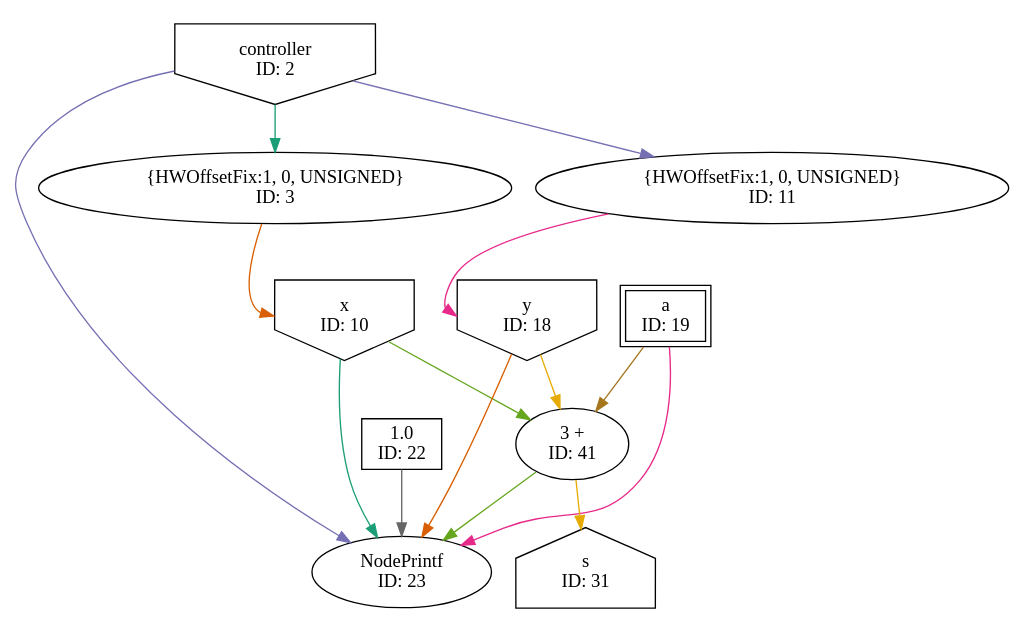
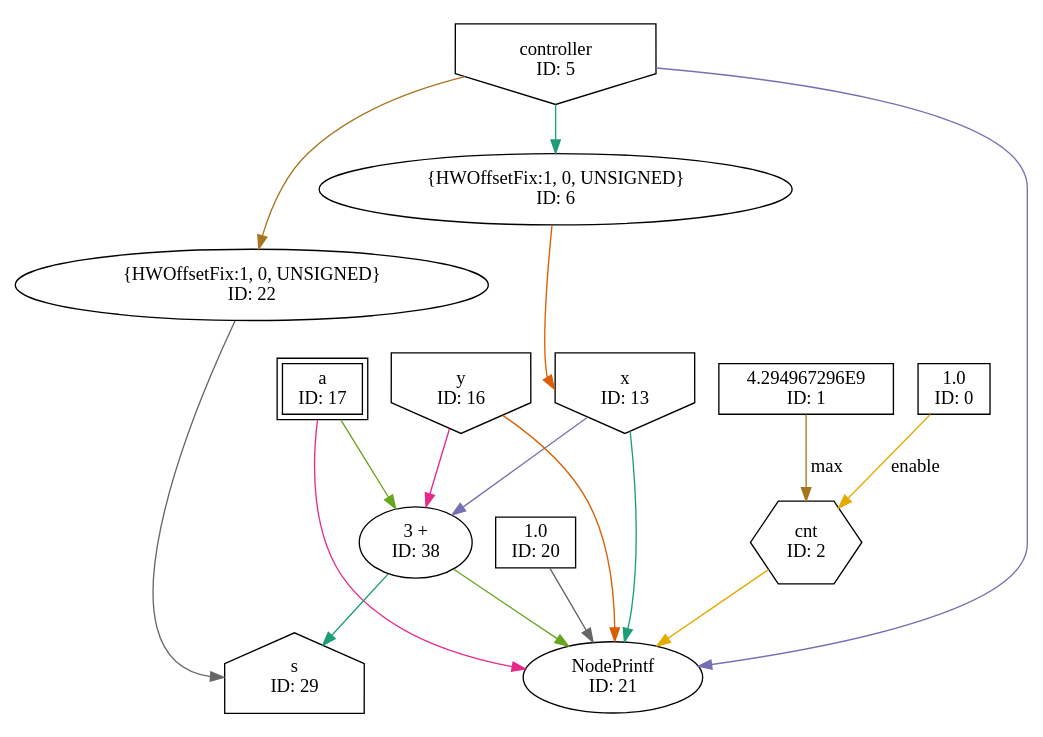
One commit to 3nric000/MaxelerRTM changed the diagram in RTMQueue/RunRules/Simulation/maxfiles/Queue_VECTIS_DFE_SIM/scratch/QueueKernel_pre_condadd_extraction.dot. Above: the diagram before and after it, drawn with Graphviz. The commit also changed 70 other files, not shown here.

```diff
--- a/RTMQueue/RunRules/Simulation/maxfiles/Queue_VECTIS_DFE_SIM/scratch/QueueKernel_pre_condadd_extraction.dot
+++ b/RTMQueue/RunRules/Simulation/maxfiles/Queue_VECTIS_DFE_SIM/scratch/QueueKernel_pre_condadd_extraction.dot
@@ -1,26 +1,32 @@
 digraph QueueKernel_pre_condadd_extraction{
-	NodeConstantRawBits22 [shape=box, label="1.0\nID: 22"];
-	NodeInput2 [shape=invhouse, label="controller\nID: 2"];
-	NodeCast3 [label="{HWOffsetFix:1, 0, UNSIGNED}\nID: 3"];
-	NodeInput10 [shape=invhouse, label="x\nID: 10"];
-	NodeCast11 [label="{HWOffsetFix:1, 0, UNSIGNED}\nID: 11"];
-	NodeInput18 [shape=invhouse, label="y\nID: 18"];
-	NodeInputMappedReg19 [shape=box, peripheries=2, label="a\nID: 19"];
-	NodeTriAdd41 [label="3 +\nID: 41"];
-	NodePrintf23 [label="NodePrintf\nID: 23"];
-	NodeOutput31 [shape=house, label="s\nID: 31"];
-	NodeInput2 -> NodeCast3[color="/dark28/1" photon_data="EDGE,SrcNode:2,SrcNodePort:data"];
-	NodeCast3 -> NodeInput10[headport="w" color="/dark28/2" ];
-	NodeInput2 -> NodeCast11[color="/dark28/3" photon_data="EDGE,SrcNode:2,SrcNodePort:data"];
-	NodeCast11 -> NodeInput18[headport="w" color="/dark28/4" ];
-	NodeInput10 -> NodeTriAdd41[color="/dark28/5" photon_data="EDGE,SrcNode:10,SrcNodePort:data"];
-	NodeInput18 -> NodeTriAdd41[color="/dark28/6" photon_data="EDGE,SrcNode:18,SrcNodePort:data"];
-	NodeInputMappedReg19 -> NodeTriAdd41[color="/dark28/7" photon_data="EDGE,SrcNode:19,SrcNodePort:a"];
-	NodeConstantRawBits22 -> NodePrintf23[color="/dark28/8" photon_data="EDGE,SrcNode:22,SrcNodePort:value"];
-	NodeInput10 -> NodePrintf23[color="/dark28/1" photon_data="EDGE,SrcNode:10,SrcNodePort:data"];
-	NodeInput18 -> NodePrintf23[color="/dark28/2" photon_data="EDGE,SrcNode:18,SrcNodePort:data"];
-	NodeInput2 -> NodePrintf23[color="/dark28/3" photon_data="EDGE,SrcNode:2,SrcNodePort:data"];
-	NodeInputMappedReg19 -> NodePrintf23[color="/dark28/4" photon_data="EDGE,SrcNode:19,SrcNodePort:a"];
-	NodeTriAdd41 -> NodePrintf23[color="/dark28/5" photon_data="EDGE,SrcNode:41,SrcNodePort:result"];
-	NodeTriAdd41 -> NodeOutput31[color="/dark28/6" photon_data="EDGE,SrcNode:41,SrcNodePort:result"];
+	NodeConstantRawBits20 [shape=box, label="1.0\nID: 20"];
+	NodeInput5 [shape=invhouse, label="controller\nID: 5"];
+	NodeCast6 [label="{HWOffsetFix:1, 0, UNSIGNED}\nID: 6"];
+	NodeInput13 [shape=invhouse, label="x\nID: 13"];
+	NodeInput16 [shape=invhouse, label="y\nID: 16"];
+	NodeInputMappedReg17 [shape=box, peripheries=2, label="a\nID: 17"];
+	NodeTriAdd38 [label="3 +\nID: 38"];
+	NodeConstantDouble0 [shape=box, label="1.0\nID: 0"];
+	NodeConstantRawBits1 [shape=box, label="4.294967296E9\nID: 1"];
+	NodeCounterV12 [shape=hexagon, label="cnt\nID: 2"];
+	NodePrintf21 [label="NodePrintf\nID: 21"];
+	NodeCast22 [label="{HWOffsetFix:1, 0, UNSIGNED}\nID: 22"];
+	NodeOutput29 [shape=house, label="s\nID: 29"];
+	NodeInput5 -> NodeCast6[color="/dark28/1" photon_data="EDGE,SrcNode:5,SrcNodePort:data"];
+	NodeCast6 -> NodeInput13[headport="w" color="/dark28/2" ];
+	NodeInput13 -> NodeTriAdd38[color="/dark28/3" photon_data="EDGE,SrcNode:13,SrcNodePort:data"];
+	NodeInput16 -> NodeTriAdd38[color="/dark28/4" photon_data="EDGE,SrcNode:16,SrcNodePort:data"];
+	NodeInputMappedReg17 -> NodeTriAdd38[color="/dark28/5" photon_data="EDGE,SrcNode:17,SrcNodePort:a"];
+	NodeConstantDouble0 -> NodeCounterV12[label="enable" color="/dark28/6" photon_data="EDGE,SrcNode:0,SrcNodePort:value"];
+	NodeConstantRawBits1 -> NodeCounterV12[label="max" color="/dark28/7" photon_data="EDGE,SrcNode:1,SrcNodePort:value"];
+	NodeConstantRawBits20 -> NodePrintf21[color="/dark28/8" photon_data="EDGE,SrcNode:20,SrcNodePort:value"];
+	NodeInput13 -> NodePrintf21[color="/dark28/1" photon_data="EDGE,SrcNode:13,SrcNodePort:data"];
+	NodeInput16 -> NodePrintf21[color="/dark28/2" photon_data="EDGE,SrcNode:16,SrcNodePort:data"];
+	NodeInput5 -> NodePrintf21[color="/dark28/3" photon_data="EDGE,SrcNode:5,SrcNodePort:data"];
+	NodeInputMappedReg17 -> NodePrintf21[color="/dark28/4" photon_data="EDGE,SrcNode:17,SrcNodePort:a"];
+	NodeTriAdd38 -> NodePrintf21[color="/dark28/5" photon_data="EDGE,SrcNode:38,SrcNodePort:result"];
+	NodeCounterV12 -> NodePrintf21[color="/dark28/6" photon_data="EDGE,SrcNode:2,SrcNodePort:count"];
+	NodeInput5 -> NodeCast22[color="/dark28/7" photon_data="EDGE,SrcNode:5,SrcNodePort:data"];
+	NodeCast22 -> NodeOutput29[headport="w" color="/dark28/8" ];
+	NodeTriAdd38 -> NodeOutput29[color="/dark28/1" photon_data="EDGE,SrcNode:38,SrcNodePort:result"];
 }
```
